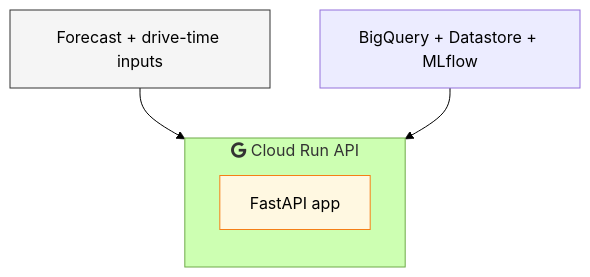
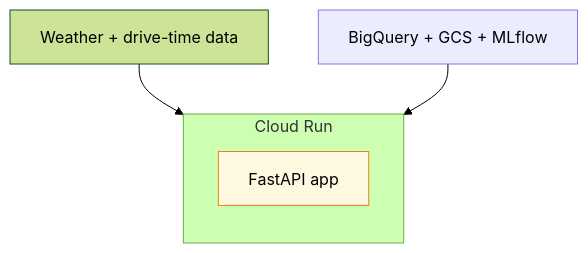
The fourth of 4 diagrams in docs/site/system/architecture.md (javihslu/foehncast), drawn with Mermaid (forest theme) before and after one commit. The commit also changed other lines of this file and 6 other files, not shown here.

```diff
--- a/docs/site/system/architecture.md
+++ b/docs/site/system/architecture.md
@@ -265,17 +129,16 @@
 <div class="mermaid">
 flowchart TD
-    classDef input fill:#f5f5f5,stroke:#333
     classDef data fill:#ececff,stroke:#9370db
     classDef serve fill:#fff8e1,stroke:#f57f17
 
-    LIVE["Forecast + drive-time inputs"]:::input
-    DATA["BigQuery + Datastore + MLflow"]:::data
+    LIVE["Weather + drive-time data"]
+    DATA["BigQuery + GCS + MLflow"]:::data
 
-    subgraph Run ["fab:fa-google Cloud Run API"]
+    subgraph Run ["Cloud Run"]
         direction TB
         RAPI["FastAPI app"]:::serve
     end
 
     LIVE --> RAPI
     DATA --> RAPI
 </div>
```
